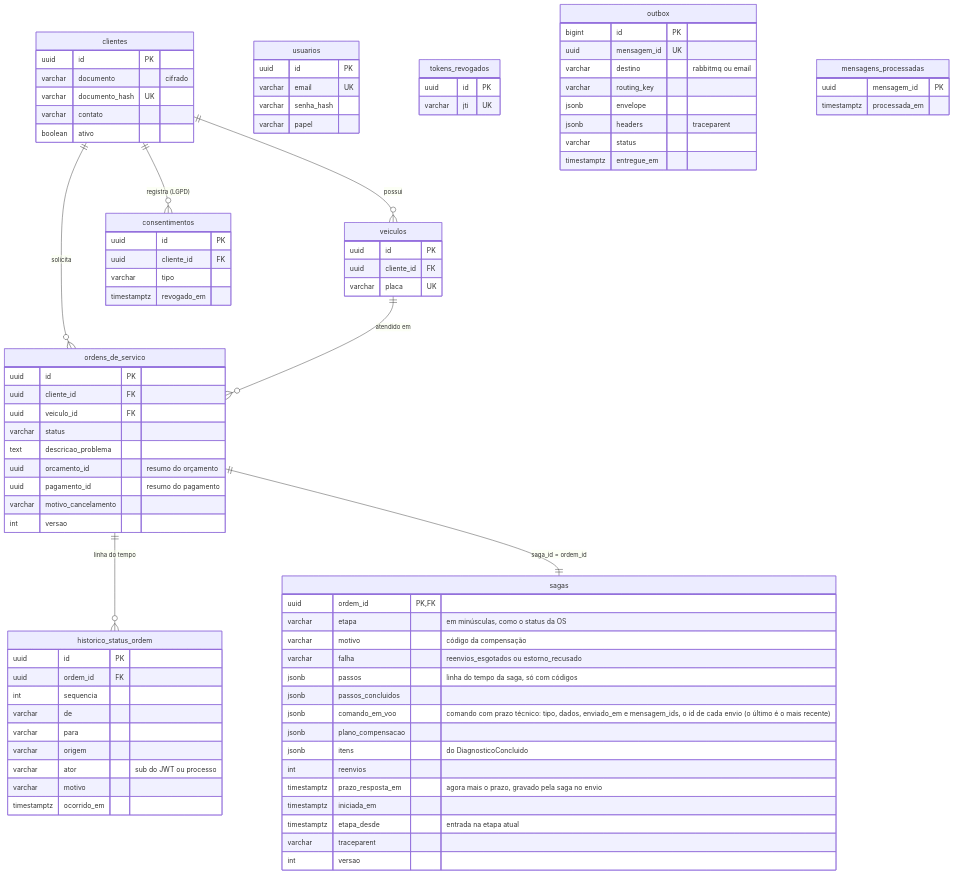
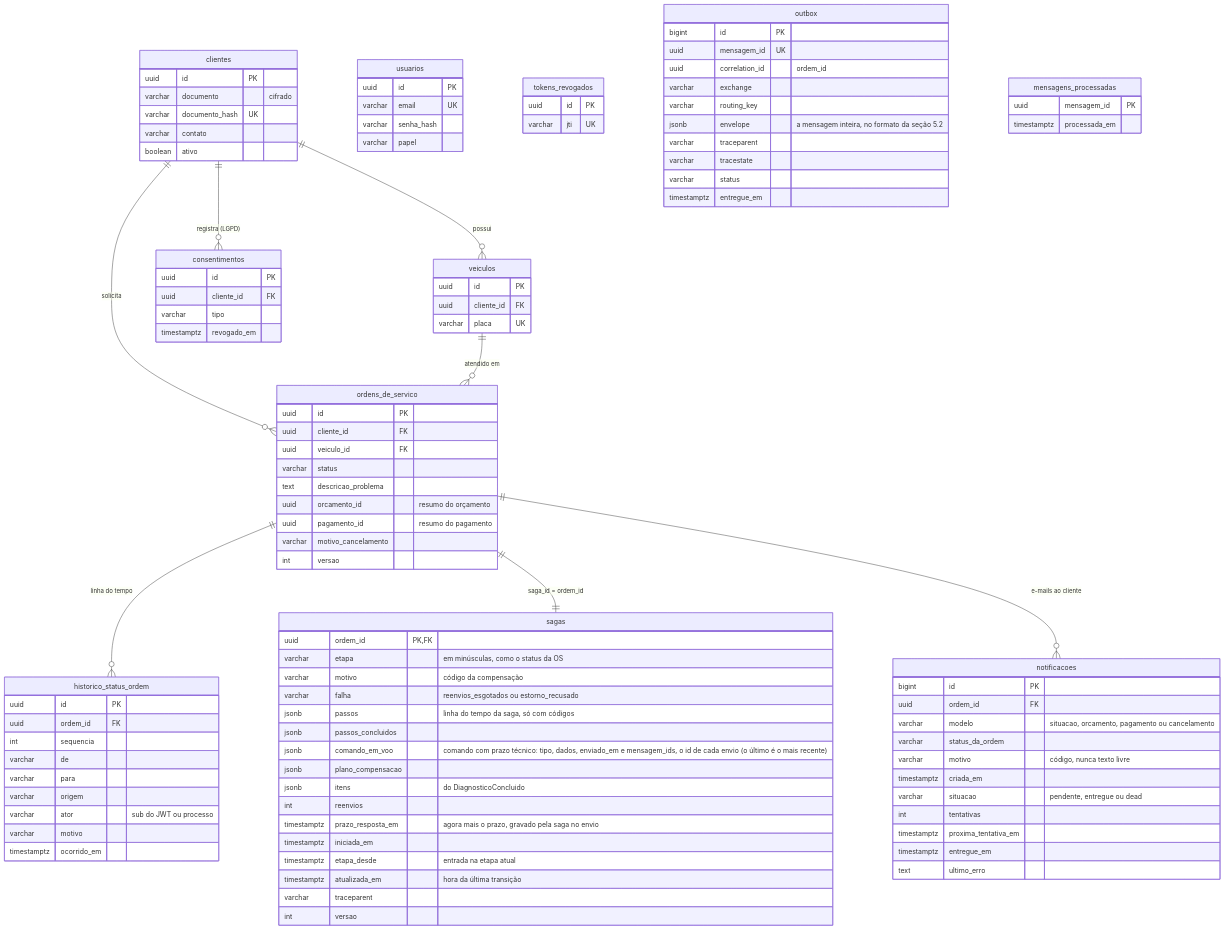
The tenth of 13 diagrams in docs/arquitetura/rfc/fase4/rfc-004-microsservicos-saga.md (fiap-postech-sw-architecture/postech-sw-arch-p4-platform), drawn with Mermaid before and after one commit. The commit also changed other lines of this file and 42 other files, not shown here.

````diff
--- a/docs/arquitetura/rfc/fase4/rfc-004-microsservicos-saga.md
+++ b/docs/arquitetura/rfc/fase4/rfc-004-microsservicos-saga.md
@@ -857,18 +859,34 @@
         timestamptz prazo_resposta_em "agora mais o prazo, gravado pela saga no envio"
         timestamptz iniciada_em
         timestamptz etapa_desde "entrada na etapa atual"
+        timestamptz atualizada_em "hora da última transição"
         varchar traceparent
         int versao
     }
     outbox {
         bigint id PK
         uuid mensagem_id UK
-        varchar destino "rabbitmq ou email"
+        uuid correlation_id "ordem_id"
+        varchar exchange
         varchar routing_key
-        jsonb envelope
-        jsonb headers "traceparent"
+        jsonb envelope "a mensagem inteira, no formato da seção 5.2"
+        varchar traceparent
+        varchar tracestate
         varchar status
         timestamptz entregue_em
+    }
+    notificacoes {
+        bigint id PK
+        uuid ordem_id FK
+        varchar modelo "situacao, orcamento, pagamento ou cancelamento"
+        varchar status_da_ordem
+        varchar motivo "código, nunca texto livre"
+        timestamptz criada_em
+        varchar situacao "pendente, entregue ou dead"
+        int tentativas
+        timestamptz proxima_tentativa_em
+        timestamptz entregue_em
+        text ultimo_erro
     }
     mensagens_processadas {
         uuid mensagem_id PK
@@ -881,4 +899,5 @@
     veiculos ||--o{ ordens_de_servico : "atendido em"
     ordens_de_servico ||--o{ historico_status_ordem : "linha do tempo"
     ordens_de_servico ||--|| sagas : "saga_id = ordem_id"
+    ordens_de_servico ||--o{ notificacoes : "e-mails ao cliente"
 ```
````
